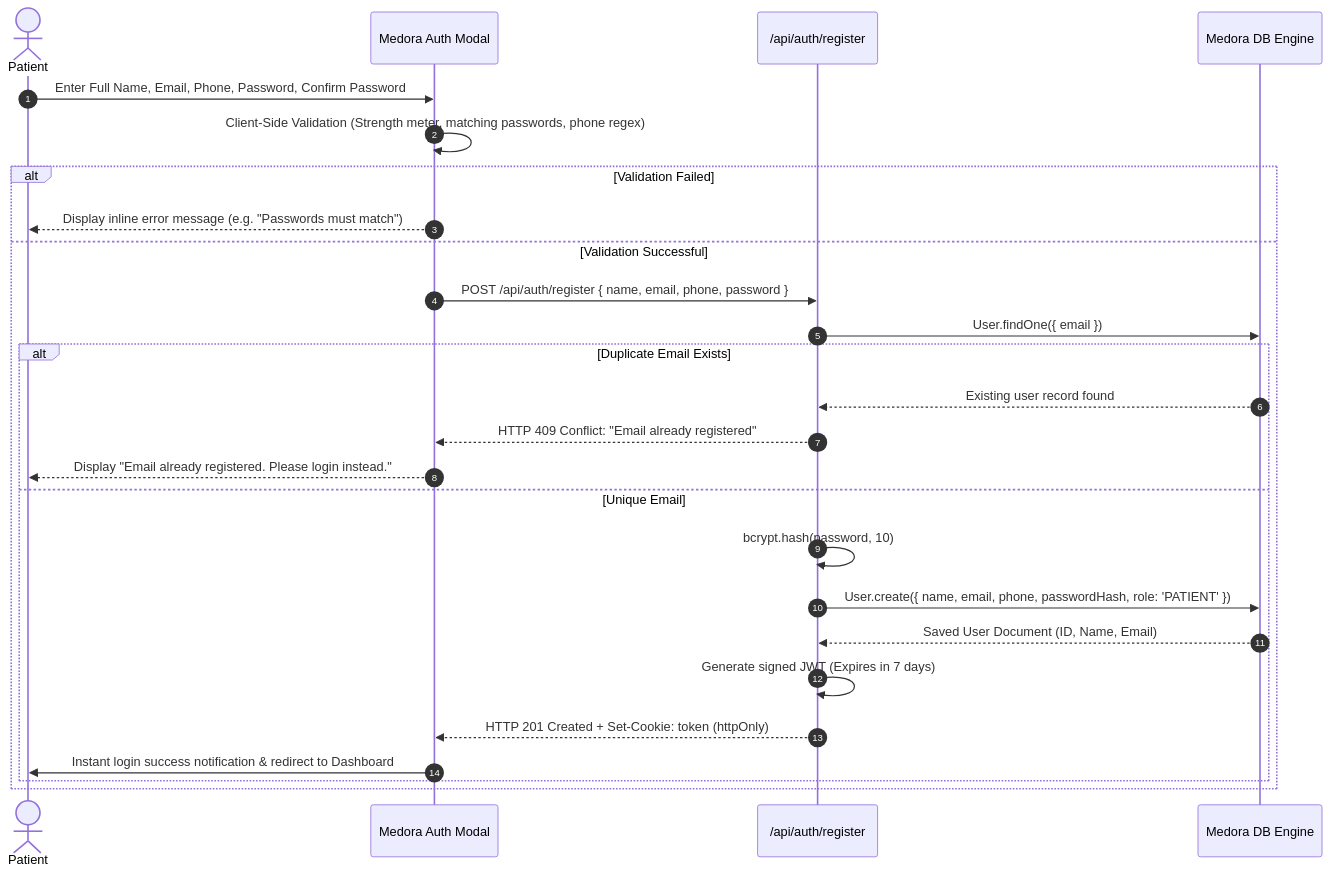
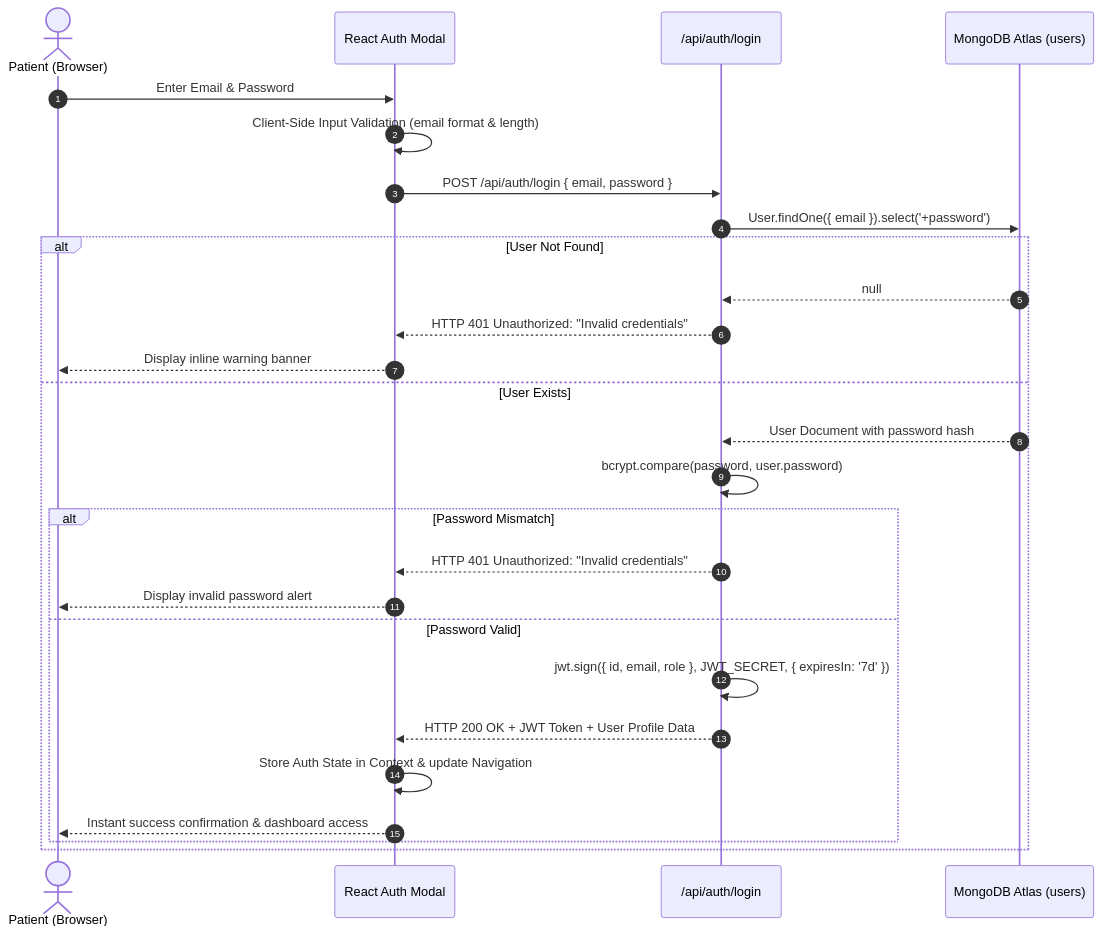
One commit to rahika15046-maker/Doctor-Appointment changed the second of 6 diagrams in README.md. Above: the diagram before and after it, drawn with Mermaid. The commit also changed other lines of this file, not shown here.

Commit message:
docs: revamp README with high-impact visuals, diagrams, and deployment architecture

````diff
--- a/README.md
+++ b/README.md
@@ -99,31 +178,31 @@
 ```mermaid
 sequenceDiagram
     autonumber
-    actor Patient
-    participant UI as Medora Auth Modal
-    participant API as /api/auth/register
-    participant DB as Medora DB Engine
+    actor Patient as Patient (Browser)
+    participant Modal as React Auth Modal
+    participant API as /api/auth/login
+    participant DB as MongoDB Atlas (users)
 
-    Patient->>UI: Enter Full Name, Email, Phone, Password, Confirm Password
-    UI->>UI: Client-Side Validation (Strength meter, matching passwords, phone regex)
+    Patient->>Modal: Enter Email & Password
+    Modal->>Modal: Client-Side Input Validation (email format & length)
+    Modal->>API: POST /api/auth/login { email, password }
+    API->>DB: User.findOne({ email }).select('+password')
     
-    alt Validation Failed
-        UI-->>Patient: Display inline error message (e.g. "Passwords must match")
-    else Validation Successful
-        UI->>API: POST /api/auth/register { name, email, phone, password }
-        API->>DB: User.findOne({ email })
-        
-        alt Duplicate Email Exists
-            DB-->>API: Existing user record found
-            API-->>UI: HTTP 409 Conflict: "Email already registered"
-            UI-->>Patient: Display "Email already registered. Please login instead."
-        else Unique Email
-            API->>API: bcrypt.hash(password, 10)
-            API->>DB: User.create({ name, email, phone, passwordHash, role: 'PATIENT' })
-            DB-->>API: Saved User Document (ID, Name, Email)
-            API->>API: Generate signed JWT (Expires in 7 days)
-            API-->>UI: HTTP 201 Created + Set-Cookie: token (httpOnly)
-            UI->>Patient: Instant login success notification & redirect to Dashboard
+    alt User Not Found
+        DB-->>API: null
+        API-->>Modal: HTTP 401 Unauthorized: "Invalid credentials"
+        Modal-->>Patient: Display inline warning banner
+    else User Exists
+        DB-->>API: User Document with password hash
+        API->>API: bcrypt.compare(password, user.password)
+        alt Password Mismatch
+            API-->>Modal: HTTP 401 Unauthorized: "Invalid credentials"
+            Modal-->>Patient: Display invalid password alert
+        else Password Valid
+            API->>API: jwt.sign({ id, email, role }, JWT_SECRET, { expiresIn: '7d' })
+            API-->>Modal: HTTP 200 OK + JWT Token + User Profile Data
+            Modal->>Modal: Store Auth State in Context & update Navigation
+            Modal-->>Patient: Instant success confirmation & dashboard access
         end
     end
 ```
````
